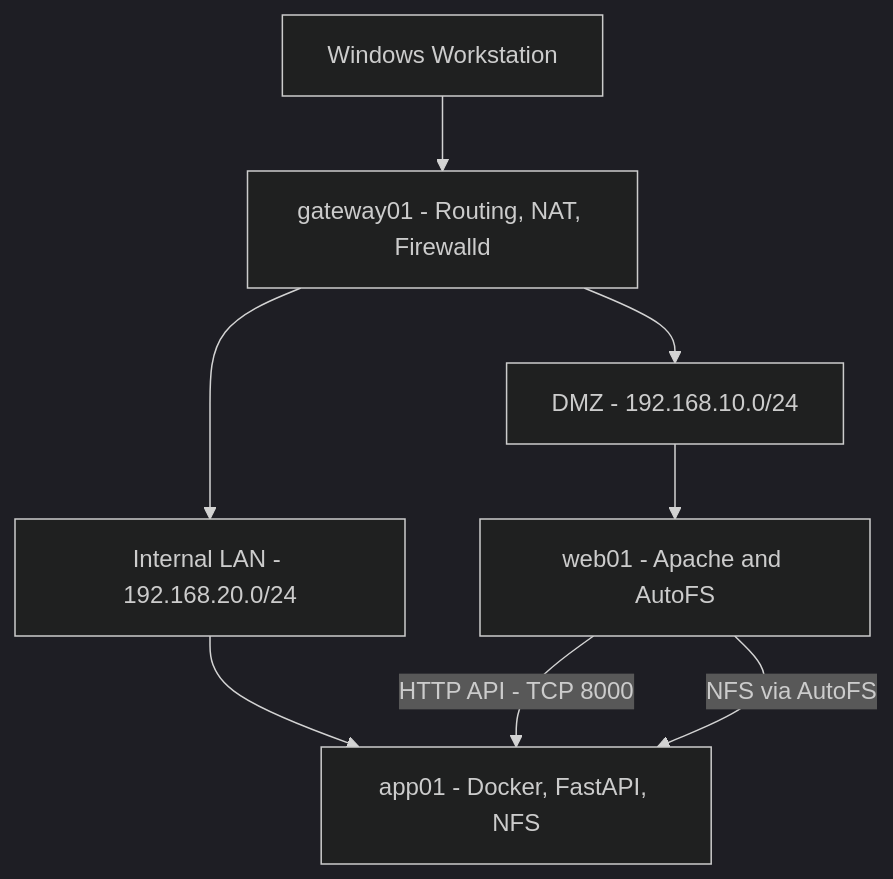
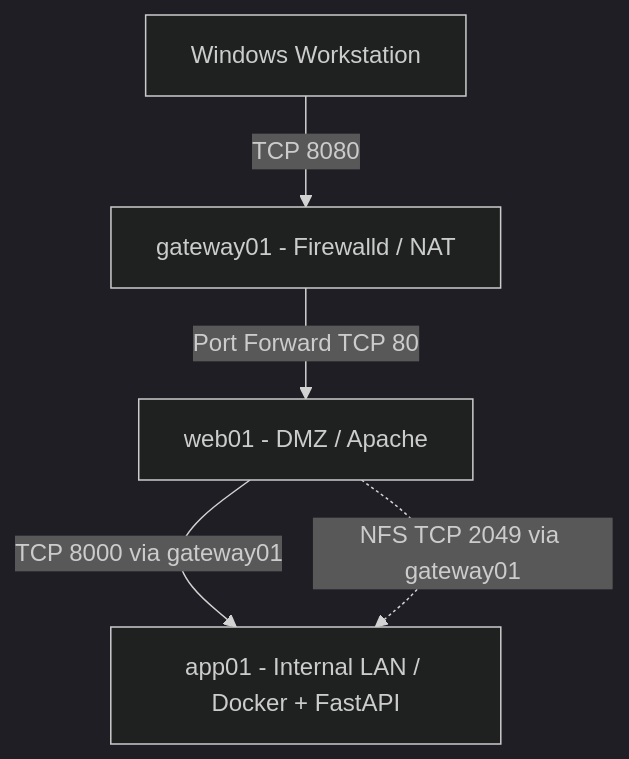
The diagram in README.md (omarhbm/rhcsa-infrastructure-lab), drawn with Mermaid (dark theme) before and after one commit. The commit also changed other lines of this file, not shown here.

````diff
--- a/README.md
+++ b/README.md
@@ -75,10 +76,7 @@
 ```mermaid
 flowchart TD
-    PC["Windows Workstation"] --> GW["gateway01 - Routing, NAT, Firewalld"]
-    GW --> DMZ["DMZ - 192.168.10.0/24"]
-    GW --> LAN["Internal LAN - 192.168.20.0/24"]
-    DMZ --> WEB["web01 - Apache and AutoFS"]
-    LAN --> APP["app01 - Docker, FastAPI, NFS"]
-    WEB -->|"HTTP API - TCP 8000"| APP
-    WEB -->|"NFS via AutoFS"| APP
+    PC["Windows Workstation"] -->|"TCP 8080"| GW["gateway01 - Firewalld / NAT"]
+    GW -->|"Port Forward TCP 80"| WEB["web01 - DMZ / Apache"]
+    WEB -->|"TCP 8000 via gateway01"| APP["app01 - Internal LAN / Docker + FastAPI"]
+    WEB -.->|"NFS TCP 2049 via gateway01"| APP
 ```
````
